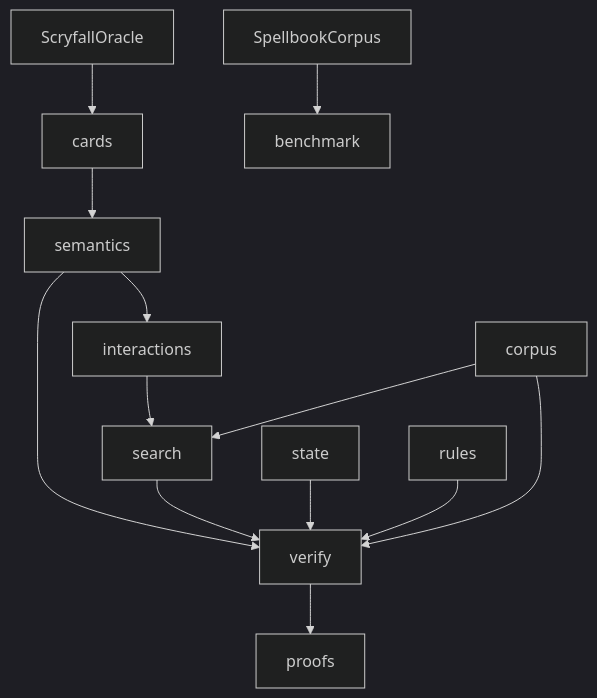
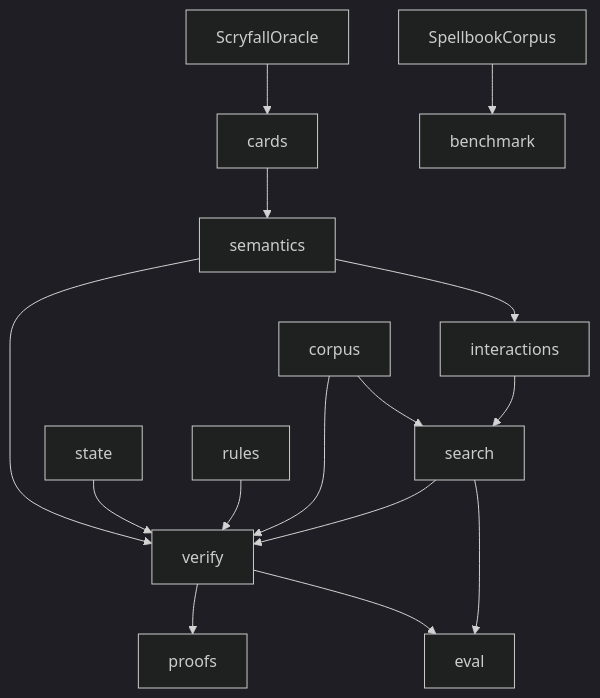
The diagram in README.md (witzbeck/mtg-loop-engine), drawn with Mermaid (dark theme) before and after one commit. The commit also changed other lines of this file and 10 other files, not shown here.

````diff
--- a/README.md
+++ b/README.md
@@ -9,15 +9,17 @@
 ```mermaid
 graph TB;
   scryfall[ScryfallOracle] --> cardsPkg[cards];
   spellbook[SpellbookCorpus] --> benchmarkPkg[benchmark];
   cardsPkg --> semanticsPkg[semantics];
   semanticsPkg --> verifyPkg[verify];
   semanticsPkg --> interactionsPkg[interactions];
   interactionsPkg --> searchPkg[search];
   searchPkg --> verifyPkg;
   statePkg[state] --> verifyPkg;
   rulesPkg[rules] --> verifyPkg;
   verifyPkg --> proofsPkg[proofs];
   corpusPkg[corpus] --> verifyPkg;
   corpusPkg --> searchPkg;
+  searchPkg --> evalPkg[eval];
+  verifyPkg --> evalPkg;
 ```
````
